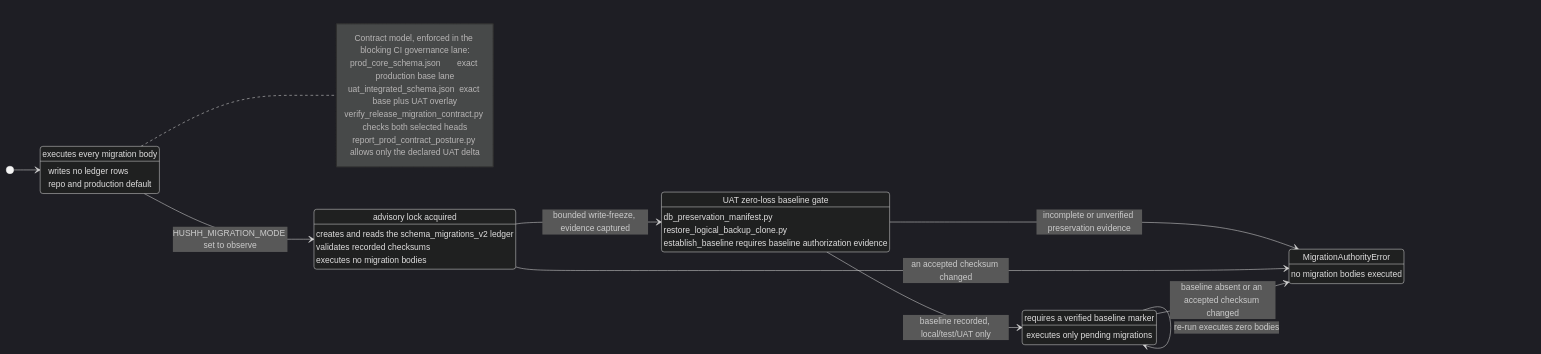
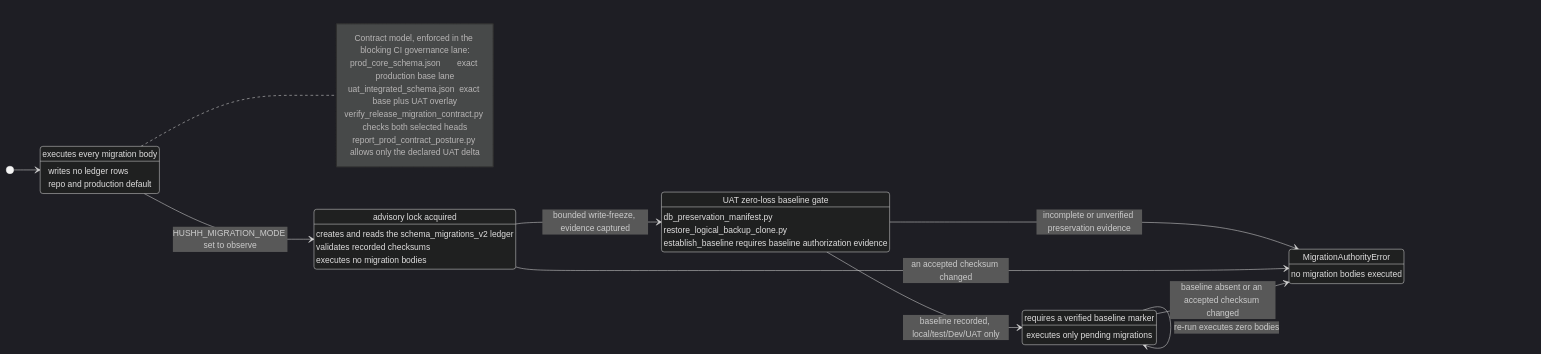
Before and after one commit to hushh-labs/hushh-research: the diagram in docs/reference/operations/migration-governance.md, drawn with Mermaid (dark theme). The commit also changed other lines of this file and 40 other files, not shown here.

````diff
--- a/docs/reference/operations/migration-governance.md
+++ b/docs/reference/operations/migration-governance.md
@@ -16,42 +16,42 @@
 ```mermaid
 stateDiagram-v2
   direction LR
 
   [*] --> replay
 
   replay: executes every migration body
   replay: writes no ledger rows
   replay: repo and production default
 
   observe: advisory lock acquired
   observe: creates and reads the schema_migrations_v2 ledger
   observe: validates recorded checksums
   observe: executes no migration bodies
 
   baselineGate: UAT zero-loss baseline gate
   baselineGate: db_preservation_manifest.py
   baselineGate: restore_logical_backup_clone.py
   baselineGate: establish_baseline requires baseline authorization evidence
 
   ledger: requires a verified baseline marker
   ledger: executes only pending migrations
 
   failClosed: MigrationAuthorityError
   failClosed: no migration bodies executed
 
   replay --> observe: HUSHH_MIGRATION_MODE set to observe
   observe --> baselineGate: bounded write-freeze, evidence captured
-  baselineGate --> ledger: baseline recorded, local/test/UAT only
+  baselineGate --> ledger: baseline recorded, local/test/Dev/UAT only
   baselineGate --> failClosed: incomplete or unverified preservation evidence
   ledger --> ledger: re-run executes zero bodies
   observe --> failClosed: an accepted checksum changed
   ledger --> failClosed: baseline absent or an accepted checksum changed
 
   note right of replay
     Contract model, enforced in the blocking CI governance lane:
     prod_core_schema.json       exact production base lane
     uat_integrated_schema.json  exact base plus UAT overlay
     verify_release_migration_contract.py checks both selected heads
     report_prod_contract_posture.py allows only the declared UAT delta
   end note
 ```
````
